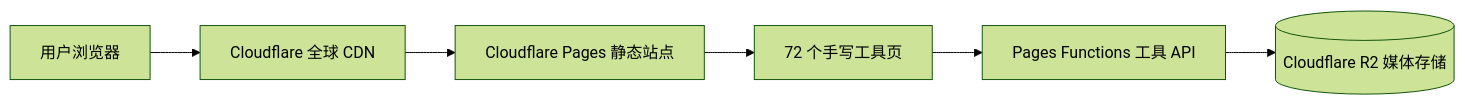
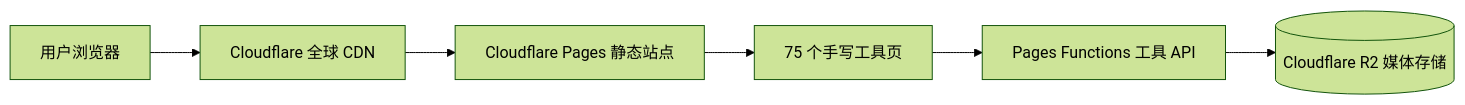
Before and after one commit to YupenBob/clover-tools: the diagram in README.md, drawn with Mermaid (forest theme). The commit also changed other lines of this file and 209 other files, not shown here.

````diff
--- a/README.md
+++ b/README.md
@@ -53,8 +55,8 @@
 ```mermaid
 flowchart LR
   U[用户浏览器] --> CF[Cloudflare 全球 CDN]
   CF --> P[Cloudflare Pages 静态站点]
-  P --> T[72 个手写工具页]
+  P --> T[75 个手写工具页]
   T --> F[Pages Functions 工具 API]
   F --> R2[(Cloudflare R2 媒体存储)]
 ```
````
